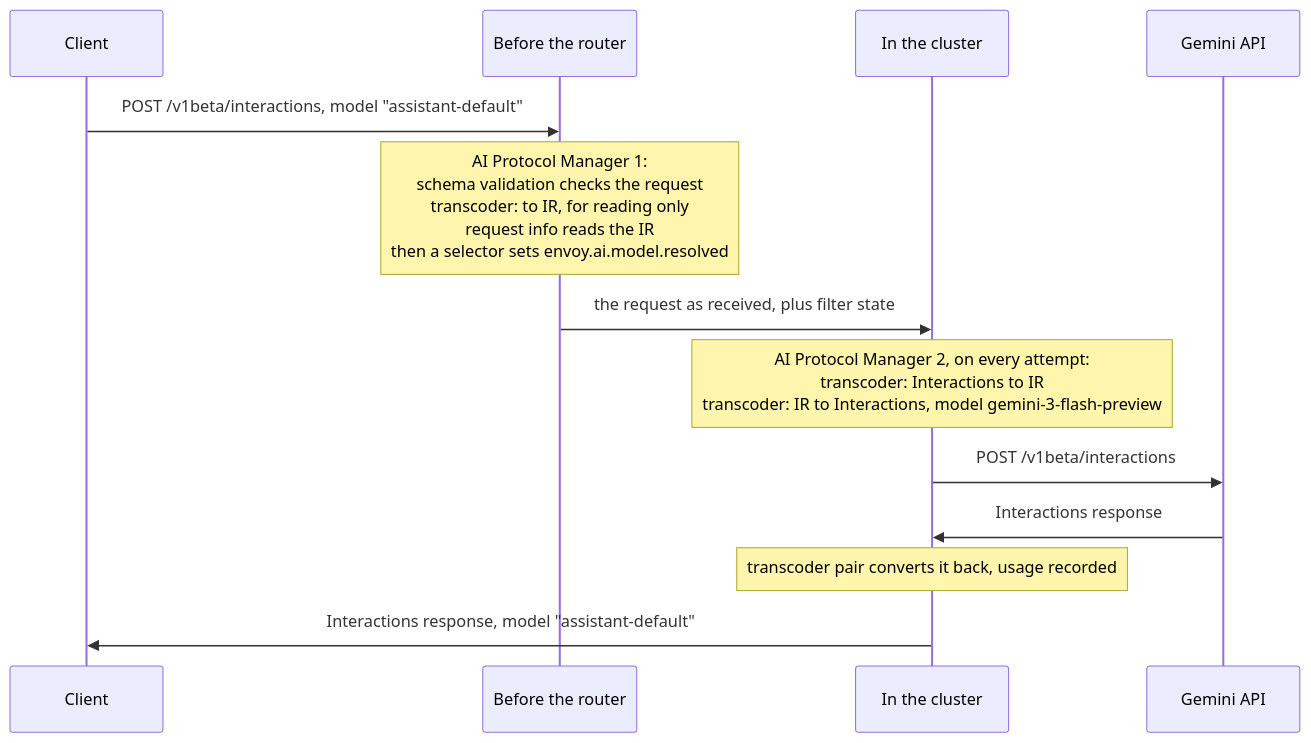
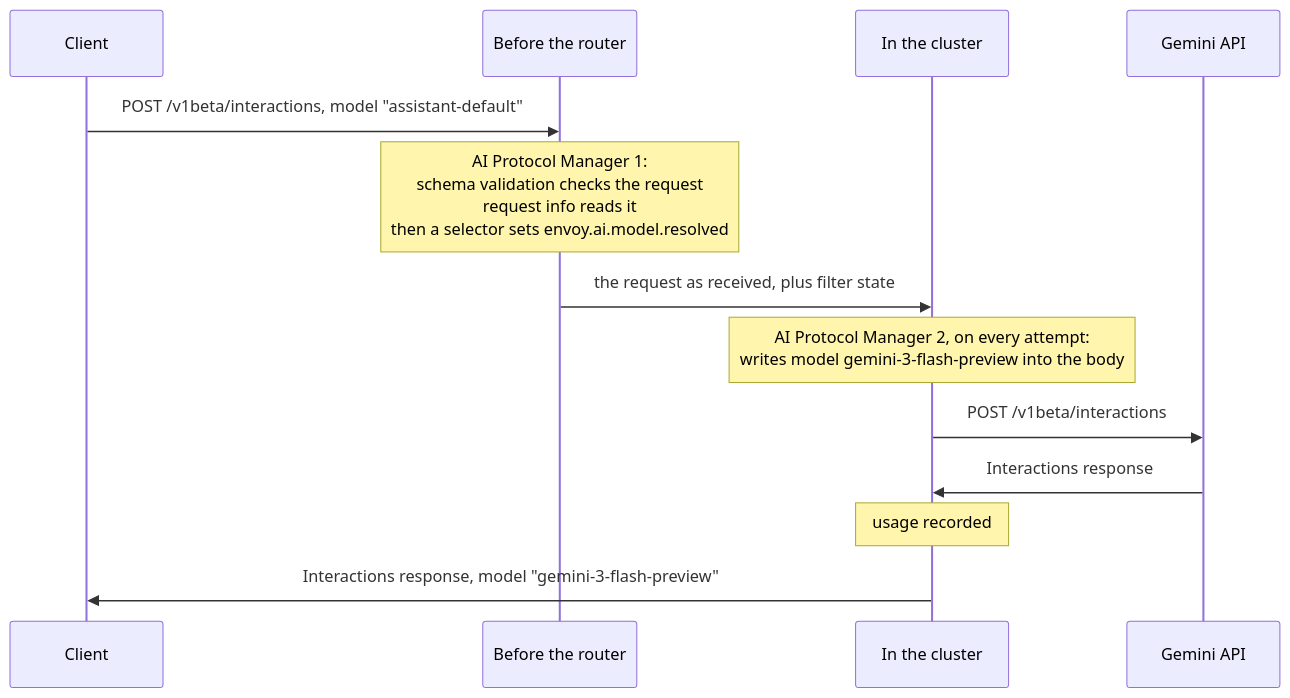
One commit to botengyao/envoy changed the diagram in source/docs/ai_gemini_interactions.md. Above: the diagram before and after it, drawn with Mermaid. The commit also changed other lines of this file, not shown here.

First line of the commit message:
ai_protocol_manager: plan Gemini Interactions in three phases

````diff
--- a/source/docs/ai_gemini_interactions.md
+++ b/source/docs/ai_gemini_interactions.md
@@ -160,15 +197,15 @@
 ```mermaid
 sequenceDiagram
     participant C as Client
     participant D as Before the router
     participant U as In the cluster
     participant G as Gemini API
     C->>D: POST /v1beta/interactions, model "assistant-default"
-    Note over D: AI Protocol Manager 1:<br/>schema validation checks the request<br/>transcoder: to IR, for reading only<br/>request info reads the IR<br/>then a selector sets envoy.ai.model.resolved
+    Note over D: AI Protocol Manager 1:<br/>schema validation checks the request<br/>request info reads it<br/>then a selector sets envoy.ai.model.resolved
     D->>U: the request as received, plus filter state
-    Note over U: AI Protocol Manager 2, on every attempt:<br/>transcoder: Interactions to IR<br/>transcoder: IR to Interactions, model gemini-3-flash-preview
+    Note over U: AI Protocol Manager 2, on every attempt:<br/>writes model gemini-3-flash-preview into the body
     U->>G: POST /v1beta/interactions
     G->>U: Interactions response
-    Note over U: transcoder pair converts it back, usage recorded
-    U->>C: Interactions response, model "assistant-default"
+    Note over U: usage recorded
+    U->>C: Interactions response, model "gemini-3-flash-preview"
 ```
````
